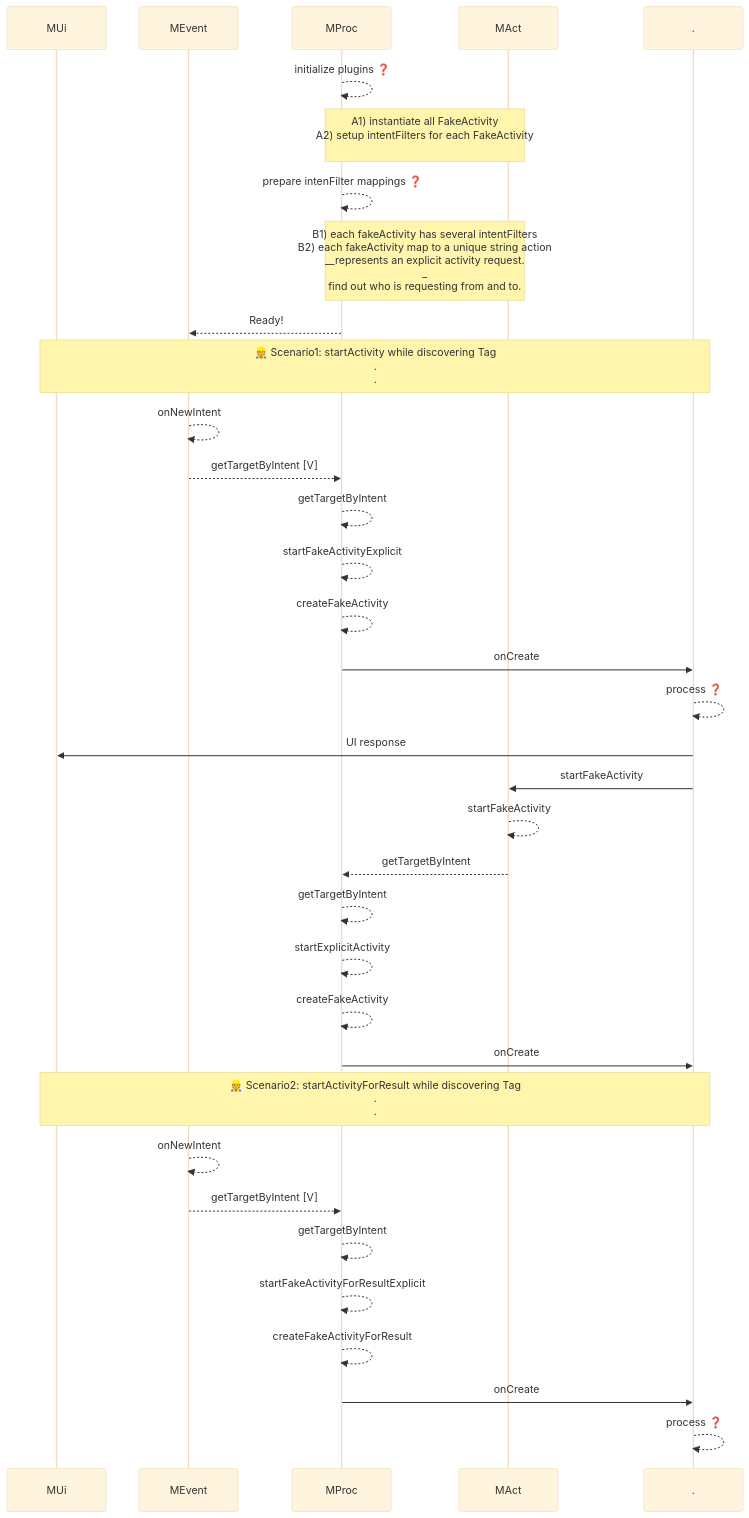
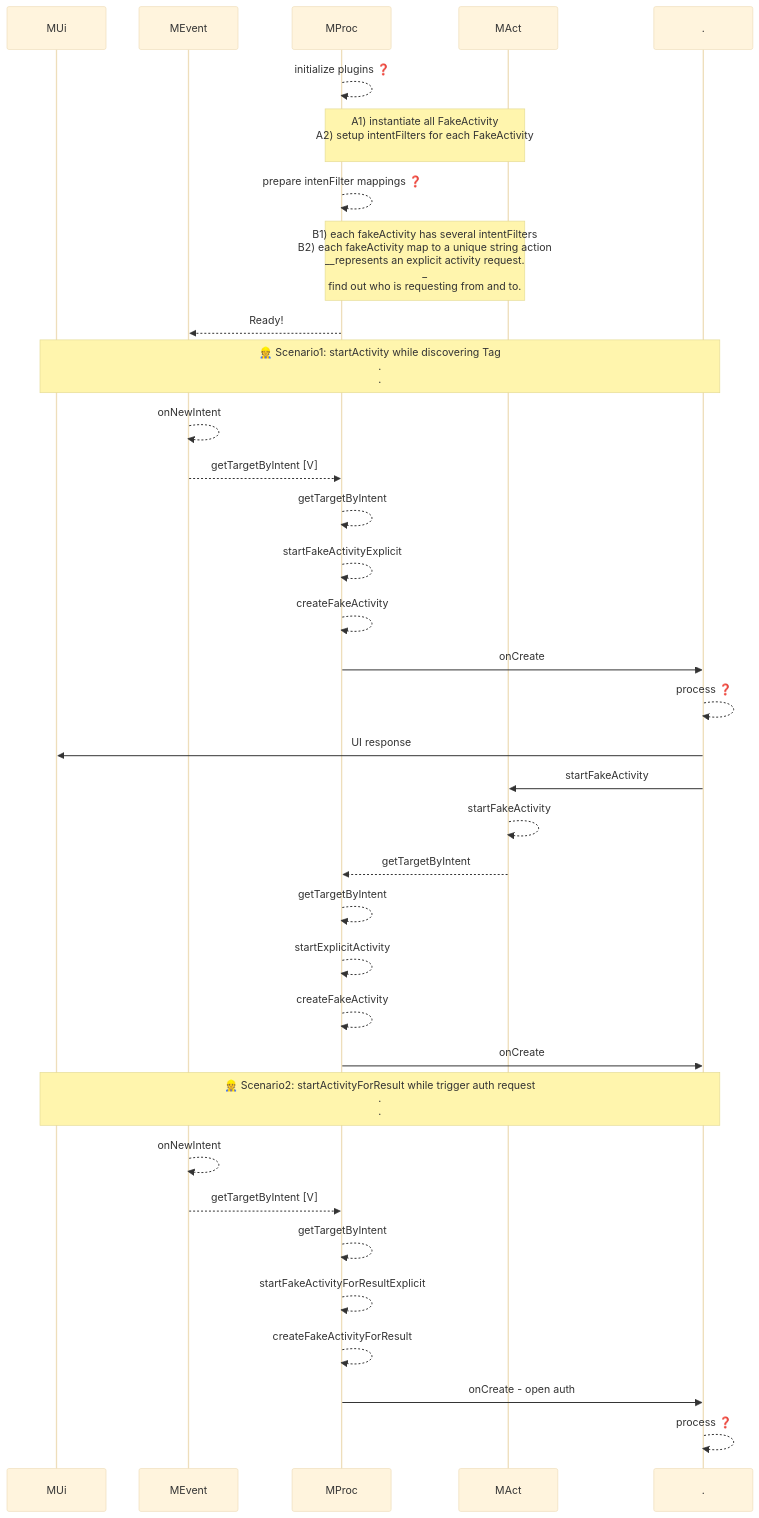
One commit to gordianknotC/nxp_note changed the third of 7 diagrams in flutter/android_to_flutter.md. Above: the diagram before and after it, drawn with Mermaid (base theme). The commit also changed other lines of this file, not shown here.

Commit message:
flutter/android_to_flutter.md updated from https://stackedit.io/

````diff
--- a/flutter/android_to_flutter.md
+++ b/flutter/android_to_flutter.md
@@ -52,49 +52,49 @@
 ```mermaid
 sequenceDiagram
 participant MUi
 participant MEvent
 participant MProc
 participant MAct
 participant .
 
 MProc-->>MProc: initialize plugins ❓
 Note over MProc,MAct: A1) instantiate all FakeActivity<br>A2) setup intentFilters for each FakeActivity<br>
 
 MProc-->>MProc: prepare intenFilter mappings ❓
 
 Note over MProc, MAct: B1) each fakeActivity has several intentFilters<br>B2) each fakeActivity map to a unique string action<br>__represents an explicit activity request.<br>_<br> find out who is requesting from and to.
 
 MProc-->>MEvent: Ready!
 
 
 Note over MUi, .: 👷 Scenario1: startActivity while discovering Tag<br>.<br>.
 MEvent-->>MEvent: onNewIntent
 
 MEvent-->>MProc: getTargetByIntent [V]
 MProc-->>MProc: getTargetByIntent
 MProc-->>MProc: startFakeActivityExplicit
 MProc-->>MProc: createFakeActivity
 MProc->> . : onCreate
 . -->> . : process ❓
 . ->> MUi: UI response
 . ->> MAct: startFakeActivity
 MAct -->> MAct: startFakeActivity
 MAct -->> MProc: getTargetByIntent
 MProc -->> MProc: getTargetByIntent
 MProc -->> MProc: startExplicitActivity
 MProc -->> MProc: createFakeActivity
 MProc ->> . : onCreate
 
 
-Note over MUi, .: 👷 Scenario2: startActivityForResult while discovering Tag<br>.<br>.
+Note over MUi, .: 👷 Scenario2: startActivityForResult while trigger auth request<br>.<br>.
 MEvent-->>MEvent: onNewIntent
 MEvent-->>MProc: getTargetByIntent [V]
 MProc-->>MProc: getTargetByIntent
 MProc-->>MProc: startFakeActivityForResultExplicit
 MProc-->>MProc: createFakeActivityForResult
-MProc->> . : onCreate
+MProc->> . : onCreate - open auth
 . -->> . : process ❓
 
 
 
 ```
````
